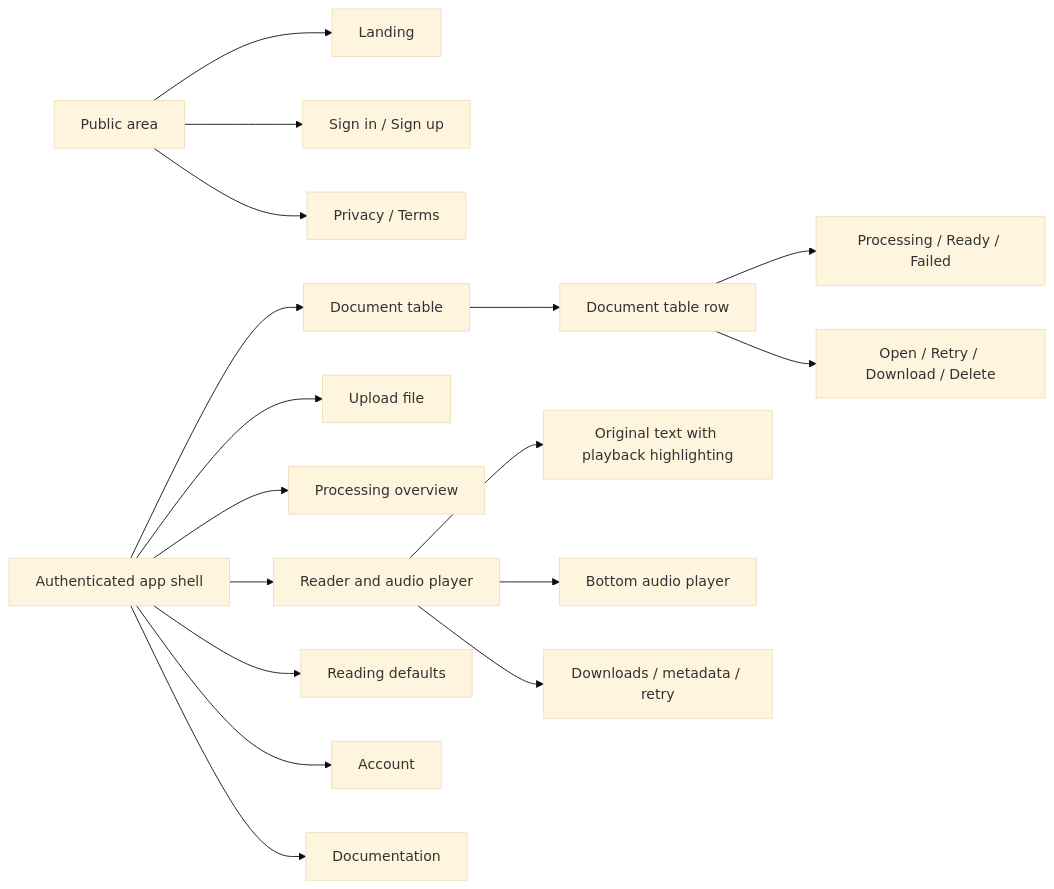
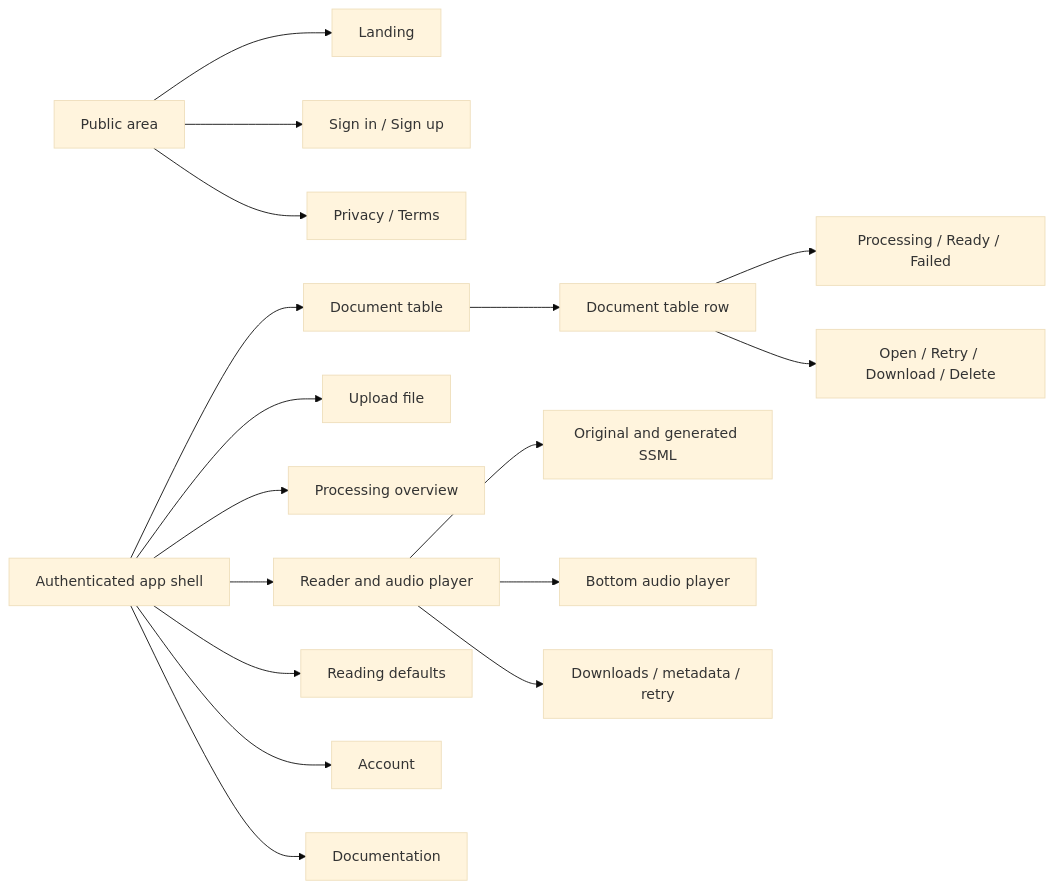
The second of 3 diagrams in docs/przeczytajmi-screen-architecture.md (szmydlo98/przeczytai.me), drawn with Mermaid (base theme) before and after one commit. The commit also changed other lines of this file, not shown here.

Commit message:
Document PrzeczytajMi screen architecture

````diff
--- a/docs/przeczytajmi-screen-architecture.md
+++ b/docs/przeczytajmi-screen-architecture.md
@@ -73,22 +71,22 @@
 ```mermaid
 flowchart LR
     Public["Public area"] --> Landing["Landing"]
     Public --> Auth["Sign in / Sign up"]
     Public --> Legal["Privacy / Terms"]
 
     Private["Authenticated app shell"] --> Library["Document table"]
     Private --> Create["Upload file"]
     Private --> Jobs["Processing overview"]
     Private --> Reader["Reader and audio player"]
     Private --> Settings["Reading defaults"]
     Private --> Account["Account"]
     Private --> Docs["Documentation"]
 
     Library --> DocumentRow["Document table row"]
     DocumentRow --> Status["Processing / Ready / Failed"]
     DocumentRow --> Actions["Open / Retry / Download / Delete"]
 
-    Reader --> TextPanel["Original text with playback highlighting"]
+    Reader --> TextPanel["Original and generated SSML"]
     Reader --> Player["Bottom audio player"]
     Reader --> SidePanel["Downloads / metadata / retry"]
 ```
````
